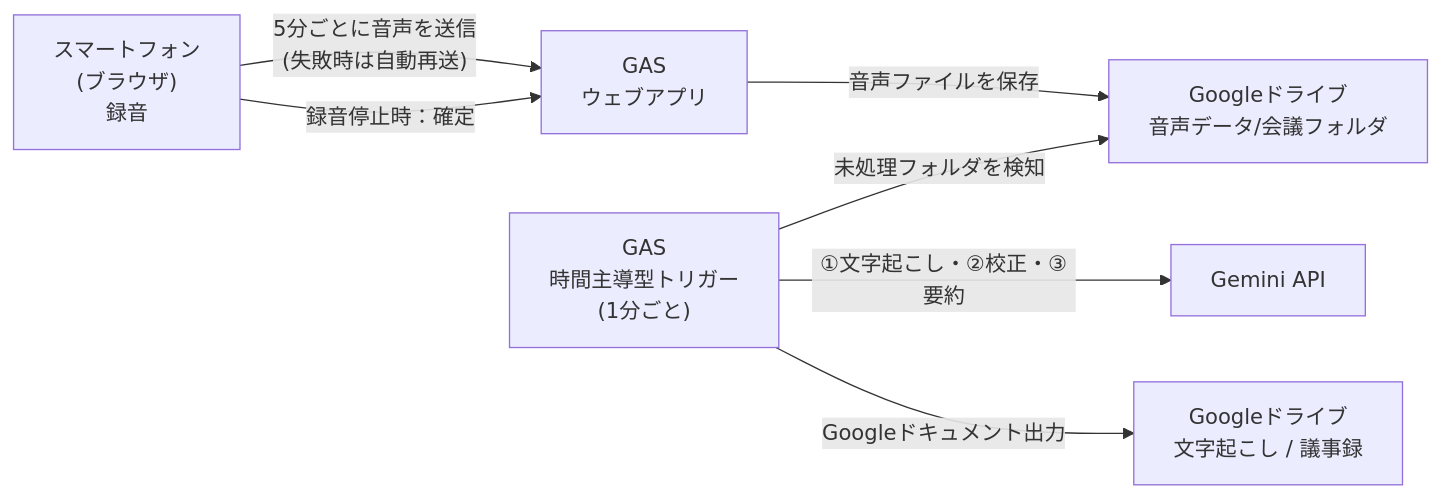
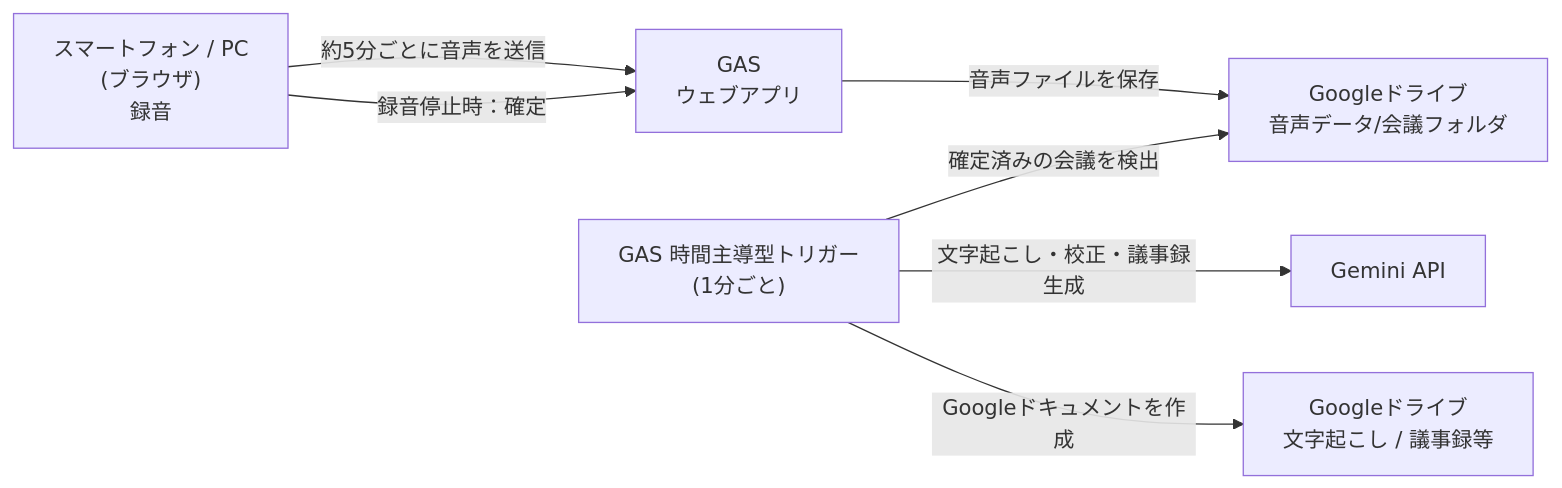
One commit to tasuku-tama/record-apps changed the diagram in README.md. Above: the diagram before and after it, drawn with Mermaid. The commit also changed other lines of this file, not shown here.

````diff
--- a/README.md
+++ b/README.md
@@ -33,9 +34,9 @@
 ```mermaid
 flowchart LR
-    A["スマートフォン<br/>(ブラウザ)<br/>録音"] -->|"5分ごとに音声を送信<br/>(失敗時は自動再送)"| B["GAS<br/>ウェブアプリ"]
+    A["スマートフォン / PC<br/>(ブラウザ)<br/>録音"] -->|"約5分ごとに音声を送信"| B["GAS<br/>ウェブアプリ"]
     B -->|"音声ファイルを保存"| C["Googleドライブ<br/>音声データ/会議フォルダ"]
     A -->|"録音停止時：確定"| B
-    D["GAS<br/>時間主導型トリガー<br/>(1分ごと)"] -->|"未処理フォルダを検知"| C
-    D -->|"①文字起こし・②校正・③要約"| E["Gemini API"]
-    D -->|"Googleドキュメント出力"| F["Googleドライブ<br/>文字起こし / 議事録"]
+    D["GAS 時間主導型トリガー<br/>(1分ごと)"] -->|"確定済みの会議を検出"| C
+    D -->|"文字起こし・校正・議事録生成"| E["Gemini API"]
+    D -->|"Googleドキュメントを作成"| F["Googleドライブ<br/>文字起こし / 議事録等"]
 ```
````
